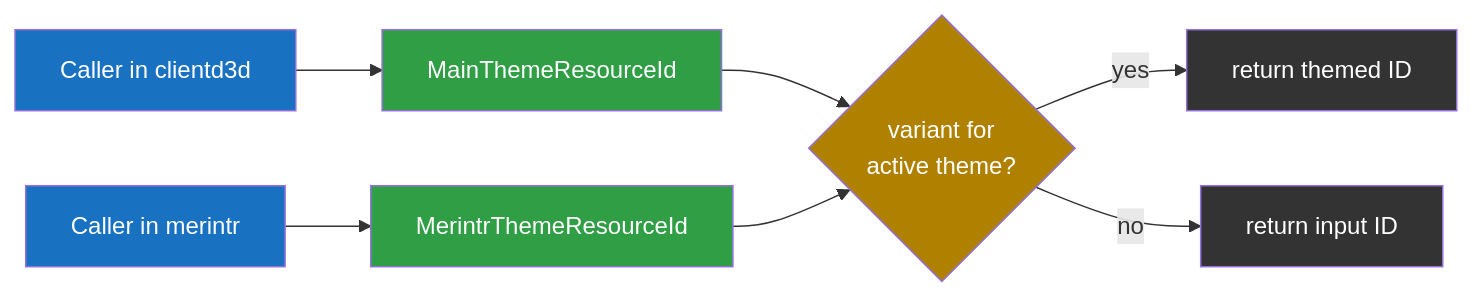
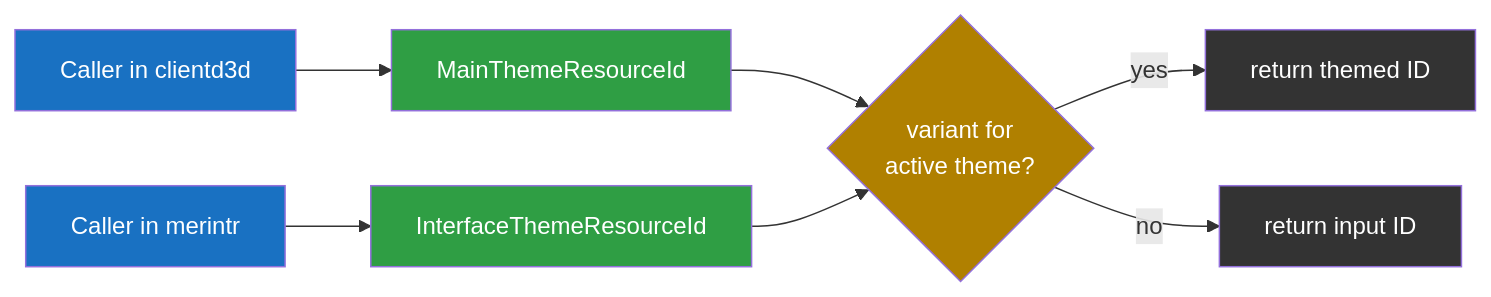
One commit to Meridian59/Meridian59 changed the second of 2 diagrams in docs/themes.md. Above: the diagram before and after it, drawn with Mermaid. The commit also changed other lines of this file, not shown here.

Commit message:
docs: update MerintrThemeResourceId to InterfaceThemeResourceId naming in theme.md documentation

````diff
--- a/docs/themes.md
+++ b/docs/themes.md
@@ -80,17 +80,17 @@
 ```mermaid
 flowchart LR
     A[Caller in clientd3d] --> M[MainThemeResourceId]
-    B[Caller in merintr] --> R[MerintrThemeResourceId]
+    B[Caller in merintr] --> R[InterfaceThemeResourceId]
     M --> Q{variant for<br/>active theme?}
     R --> Q
     Q -->|yes| V[return themed ID]
     Q -->|no| D[return input ID]
 
     style A fill:#1971c2,color:#fff
     style B fill:#1971c2,color:#fff
     style M fill:#2f9e44,color:#fff
     style R fill:#2f9e44,color:#fff
     style Q fill:#b08000,color:#fff
     style V fill:#333,color:#fff
     style D fill:#333,color:#fff
 ```
````
